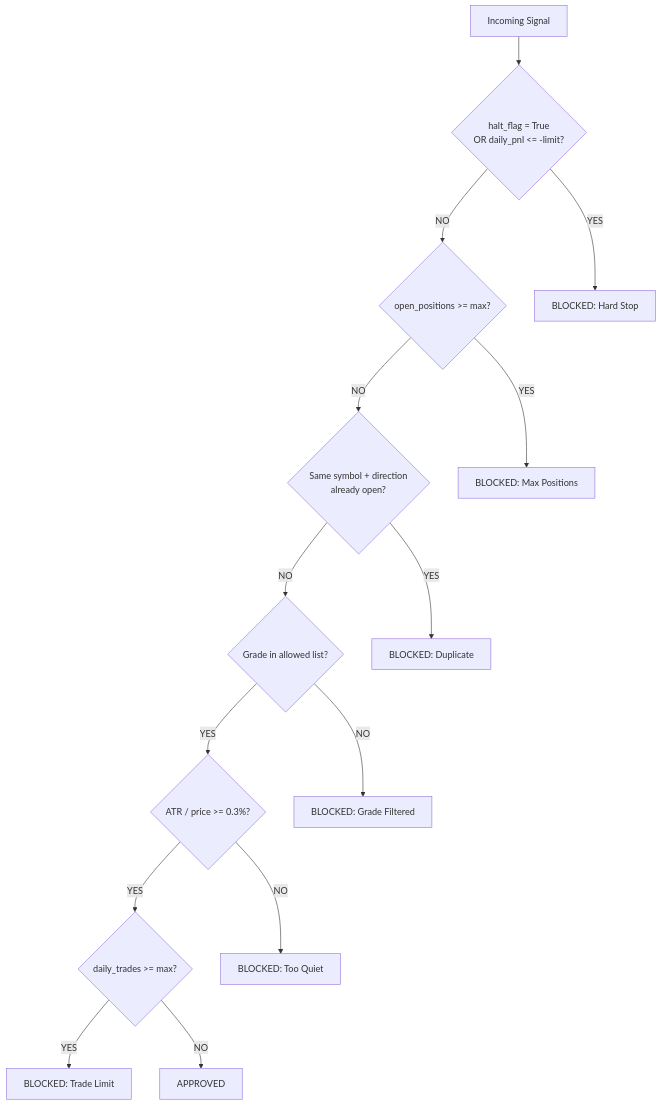
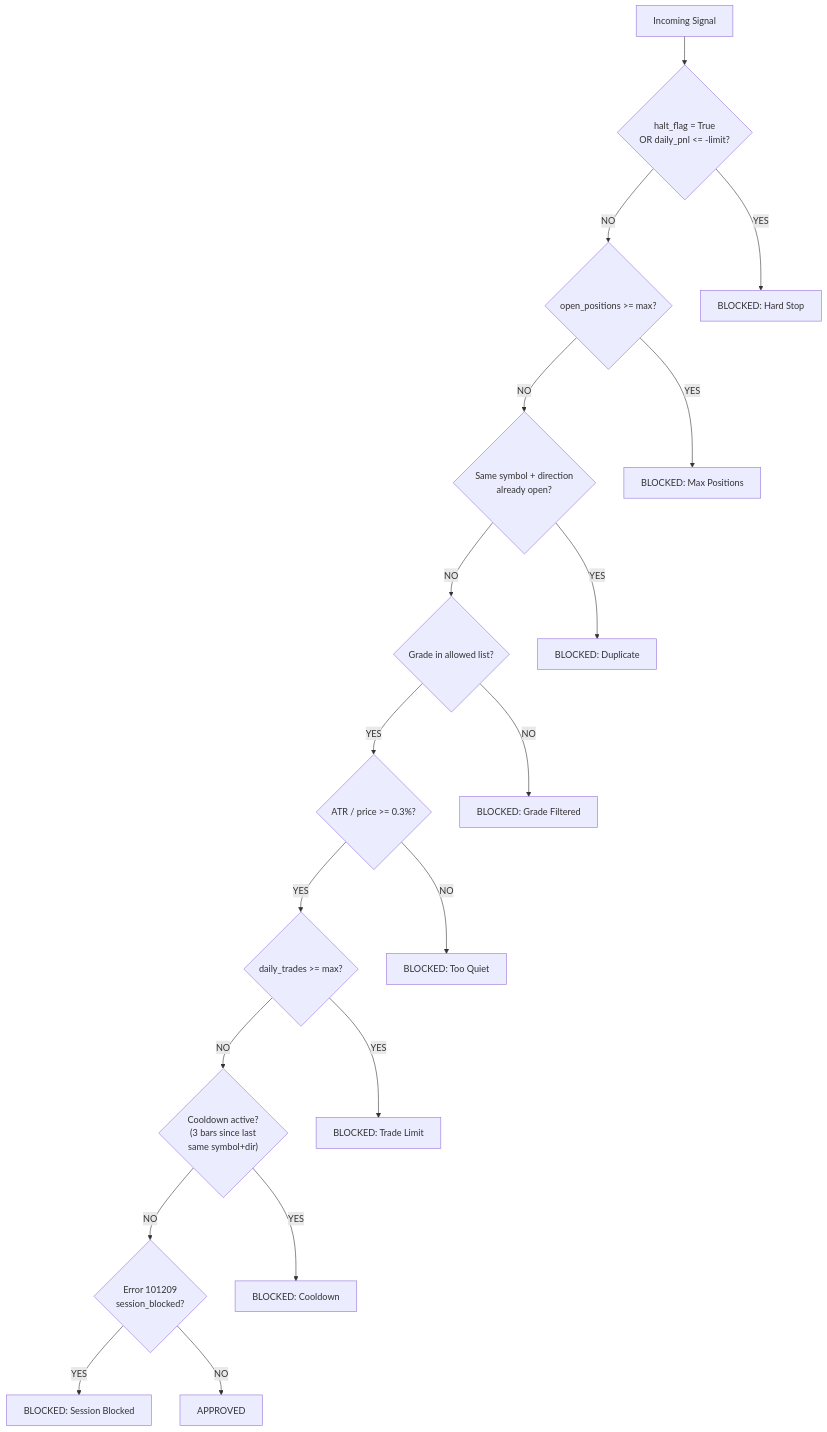
The sixth of 8 diagrams in PROJECTS/four-pillars-backtester/docs/BINGX-CONNECTOR-UML.md (S23Web3/Vault), drawn with Mermaid before and after one commit. The commit also changed other lines of this file and 245 other files, not shown here.

````diff
--- a/PROJECTS/four-pillars-backtester/docs/BINGX-CONNECTOR-UML.md
+++ b/PROJECTS/four-pillars-backtester/docs/BINGX-CONNECTOR-UML.md
@@ -239,25 +289,31 @@
 ```mermaid
 flowchart TD
     SIG["Incoming Signal"]
     D1{"halt_flag = True\nOR daily_pnl <= -limit?"}
     D2{"open_positions >= max?"}
     D3{"Same symbol + direction\nalready open?"}
     D4{"Grade in allowed list?"}
     D5{"ATR / price >= 0.3%?"}
     D6{"daily_trades >= max?"}
+    D7{"Cooldown active?\n(3 bars since last\nsame symbol+dir)"}
+    D8{"Error 101209\nsession_blocked?"}
     OK["APPROVED"]
 
     SIG --> D1
     D1 -- YES --> B1["BLOCKED: Hard Stop"]
     D1 -- NO --> D2
     D2 -- YES --> B2["BLOCKED: Max Positions"]
     D2 -- NO --> D3
     D3 -- YES --> B3["BLOCKED: Duplicate"]
     D3 -- NO --> D4
     D4 -- NO --> B4["BLOCKED: Grade Filtered"]
     D4 -- YES --> D5
     D5 -- NO --> B5["BLOCKED: Too Quiet"]
     D5 -- YES --> D6
     D6 -- YES --> B6["BLOCKED: Trade Limit"]
-    D6 -- NO --> OK
+    D6 -- NO --> D7
+    D7 -- YES --> B7["BLOCKED: Cooldown"]
+    D7 -- NO --> D8
+    D8 -- YES --> B8["BLOCKED: Session Blocked"]
+    D8 -- NO --> OK
 ```
````
